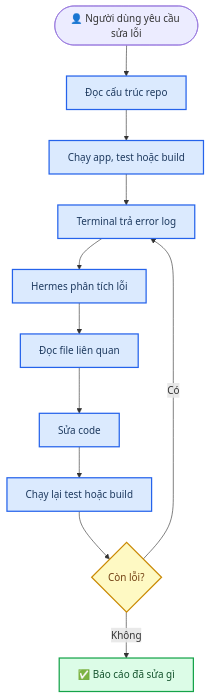
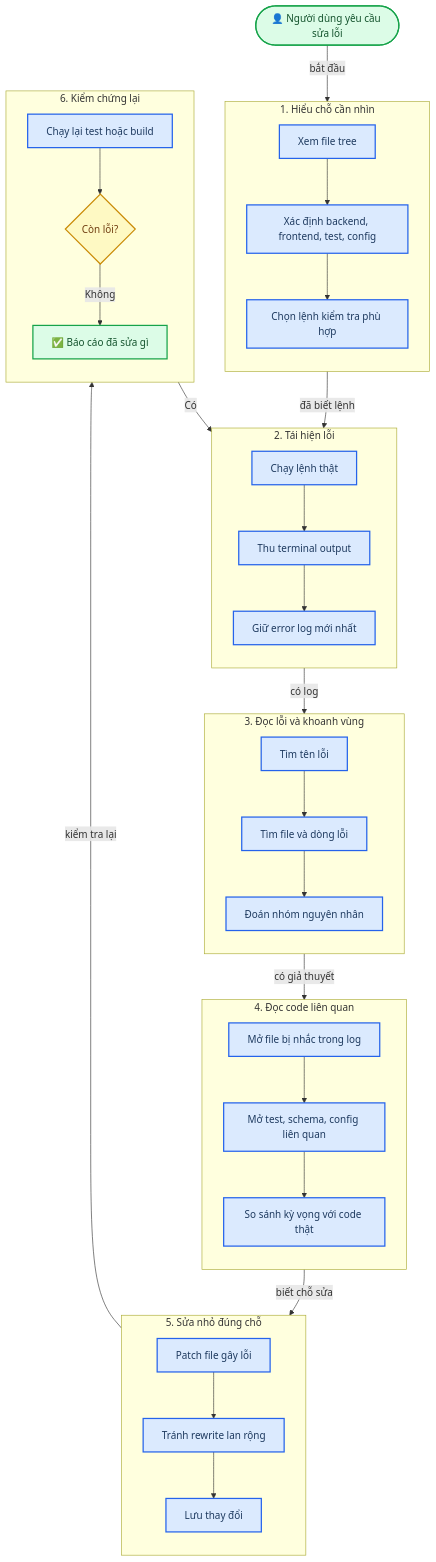
The ninth of 9 diagrams in README.md (lamvu-ha/Hermes_From-theory-to-practice), drawn with Mermaid before and after one commit. The commit also changed other lines of this file, not shown here.

Commit message:
Inline debugging loop execution steps

````diff
--- a/README.md
+++ b/README.md
@@ -764,24 +764,72 @@
 ```mermaid
 flowchart TD
     accTitle: Hermes Debugging Loop
-    accDescr: Flow showing how Hermes uses real terminal feedback and project files to diagnose, patch, and verify code fixes
+    accDescr: Flow showing each debugging stage and the concrete execution steps inside it
 
-    fix_request([👤 Người dùng yêu cầu sửa lỗi]) --> inspect_repo[Đọc cấu trúc repo]
-    inspect_repo --> run_app[Chạy app, test hoặc build]
-    run_app --> error_log[Terminal trả error log]
-    error_log --> analyze_error[Hermes phân tích lỗi]
-    analyze_error --> read_files[Đọc file liên quan]
-    read_files --> patch_code[Sửa code]
-    patch_code --> rerun[Chạy lại test hoặc build]
-    rerun --> still_error{Còn lỗi?}
-    still_error -->|Có| error_log
-    still_error -->|Không| report[✅ Báo cáo đã sửa gì]
+    fix_request([👤 Người dùng yêu cầu sửa lỗi])
+
+    subgraph repo_context["1. Hiểu chỗ cần nhìn"]
+        direction TB
+        rc1[Xem file tree]
+        rc2[Xác định backend, frontend, test, config]
+        rc3[Chọn lệnh kiểm tra phù hợp]
+        rc1 --> rc2 --> rc3
+    end
+
+    subgraph reproduce["2. Tái hiện lỗi"]
+        direction TB
+        rp1[Chạy lệnh thật]
+        rp2[Thu terminal output]
+        rp3[Giữ error log mới nhất]
+        rp1 --> rp2 --> rp3
+    end
+
+    subgraph diagnose["3. Đọc lỗi và khoanh vùng"]
+        direction TB
+        dg1[Tìm tên lỗi]
+        dg2[Tìm file và dòng lỗi]
+        dg3[Đoán nhóm nguyên nhân]
+        dg1 --> dg2 --> dg3
+    end
+
+    subgraph inspect["4. Đọc code liên quan"]
+        direction TB
+        i1[Mở file bị nhắc trong log]
+        i2[Mở test, schema, config liên quan]
+        i3[So sánh kỳ vọng với code thật]
+        i1 --> i2 --> i3
+    end
+
+    subgraph patch["5. Sửa nhỏ đúng chỗ"]
+        direction TB
+        p1[Patch file gây lỗi]
+        p2[Tránh rewrite lan rộng]
+        p3[Lưu thay đổi]
+        p1 --> p2 --> p3
+    end
+
+    subgraph verify_fix["6. Kiểm chứng lại"]
+        direction TB
+        vf1[Chạy lại test hoặc build]
+        vf2{Còn lỗi?}
+        vf3[✅ Báo cáo đã sửa gì]
+        vf1 --> vf2
+        vf2 -->|Không| vf3
+    end
+
+    fix_request -->|bắt đầu| rc1
+    rc3 -->|đã biết lệnh| rp1
+    rp3 -->|có log| dg1
+    dg3 -->|có giả thuyết| i1
+    i3 -->|biết chỗ sửa| p1
+    p3 -->|kiểm tra lại| vf1
+    vf2 -->|Có| rp2
 
     classDef decision fill:#fef9c3,stroke:#ca8a04,stroke-width:2px,color:#713f12
     classDef process fill:#dbeafe,stroke:#2563eb,stroke-width:2px,color:#1e3a5f
     classDef success fill:#dcfce7,stroke:#16a34a,stroke-width:2px,color:#14532d
 
-    class still_error decision
-    class inspect_repo,run_app,error_log,analyze_error,read_files,patch_code,rerun process
-    class report success
+    class vf2 decision
+    class rc1,rc2,rc3,rp1,rp2,rp3,dg1,dg2,dg3,i1,i2,i3,p1,p2,p3,vf1 process
+    class fix_request,vf3 success
 ```
````
